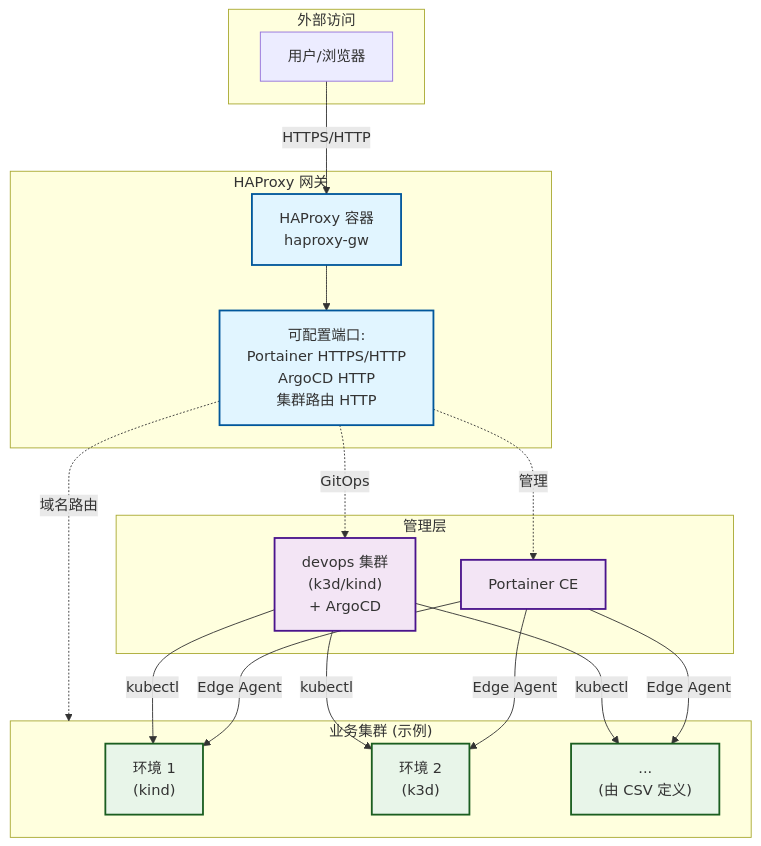
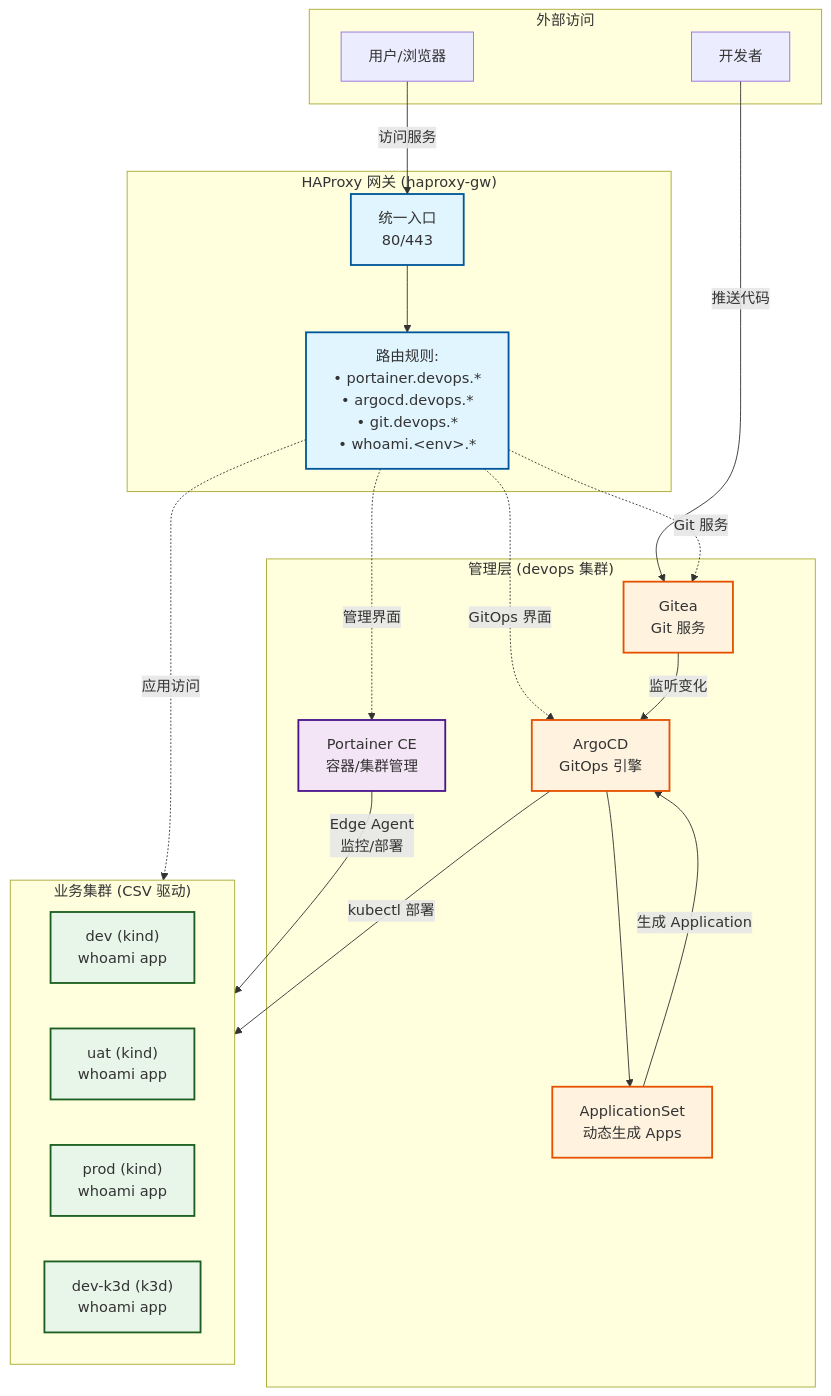
One commit to HofmannHe/Kindler changed the first of 2 diagrams in README_CN.md. Above: the diagram before and after it, drawn with Mermaid. The commit also changed other lines of this file and 1 other file, not shown here.

First line of the commit message:
docs: 完善文档 - GitOps 工作流与架构说明

````diff
--- a/README_CN.md
+++ b/README_CN.md
@@ -23,44 +23,52 @@
 ```mermaid
 graph TB
     subgraph External["外部访问"]
         USER[用户/浏览器]
+        DEV[开发者]
     end
 
-    subgraph Gateway["HAProxy 网关"]
-        HAP[HAProxy 容器<br/>haproxy-gw]
-        PORTS["可配置端口:<br/>Portainer HTTPS/HTTP<br/>ArgoCD HTTP<br/>集群路由 HTTP"]
+    subgraph Gateway["HAProxy 网关 (haproxy-gw)"]
+        HAP[统一入口<br/>80/443]
+        ROUTES["路由规则:<br/>• portainer.devops.*<br/>• argocd.devops.*<br/>• git.devops.*<br/>• whoami.&lt;env&gt;.*"]
     end
 
-    subgraph Management["管理层"]
-        PORT[Portainer CE]
-        DEVOPS["devops 集群<br/>(k3d/kind)<br/>+ ArgoCD"]
+    subgraph Management["管理层 (devops 集群)"]
+        PORT[Portainer CE<br/>容器/集群管理]
+        GITEA[Gitea<br/>Git 服务]
+        ARGOCD[ArgoCD<br/>GitOps 引擎]
+        APPSET[ApplicationSet<br/>动态生成 Apps]
     end
 
-    subgraph Business["业务集群 (示例)"]
-        ENV1["环境 1<br/>(kind)"]
-        ENV2["环境 2<br/>(k3d)"]
-        ENVN["...<br/>(由 CSV 定义)"]
+    subgraph Business["业务集群 (CSV 驱动)"]
+        ENV1["dev (kind)<br/>whoami app"]
+        ENV2["uat (kind)<br/>whoami app"]
+        ENV3["prod (kind)<br/>whoami app"]
+        ENV4["dev-k3d (k3d)<br/>whoami app"]
     end
 
-    USER -->|HTTPS/HTTP| HAP
-    HAP --> PORTS
-    PORTS -.->|管理| PORT
-    PORTS -.->|GitOps| DEVOPS
-    PORTS -.->|域名路由| Business
+    USER -->|访问服务| HAP
+    DEV -->|推送代码| GITEA
 
-    PORT -->|Edge Agent| ENV1
-    PORT -->|Edge Agent| ENV2
-    PORT -->|Edge Agent| ENVN
+    HAP --> ROUTES
+    ROUTES -.->|管理界面| PORT
+    ROUTES -.->|GitOps 界面| ARGOCD
+    ROUTES -.->|Git 服务| GITEA
+    ROUTES -.->|应用访问| Business
 
-    DEVOPS -->|kubectl| ENV1
-    DEVOPS -->|kubectl| ENV2
-    DEVOPS -->|kubectl| ENVN
+    PORT -->|Edge Agent<br/>监控/部署| Business
+
+    GITEA -->|监听变化| ARGOCD
+    ARGOCD --> APPSET
+    APPSET -->|生成 Application| ARGOCD
+    ARGOCD -->|kubectl 部署| Business
 
     classDef gateway fill:#e1f5ff,stroke:#01579b,stroke-width:2px
     classDef management fill:#f3e5f5,stroke:#4a148c,stroke-width:2px
     classDef business fill:#e8f5e9,stroke:#1b5e20,stroke-width:2px
+    classDef gitops fill:#fff3e0,stroke:#e65100,stroke-width:2px
 
-    class HAP,PORTS gateway
-    class PORT,DEVOPS management
-    class ENV1,ENV2,ENVN business
+    class HAP,ROUTES gateway
+    class PORT management
+    class GITEA,ARGOCD,APPSET gitops
+    class ENV1,ENV2,ENV3,ENV4 business
 ```
````
